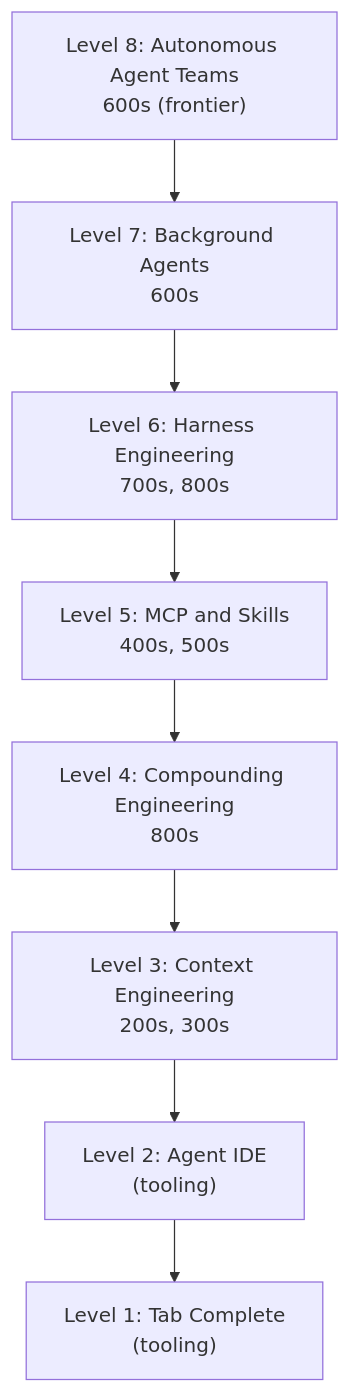
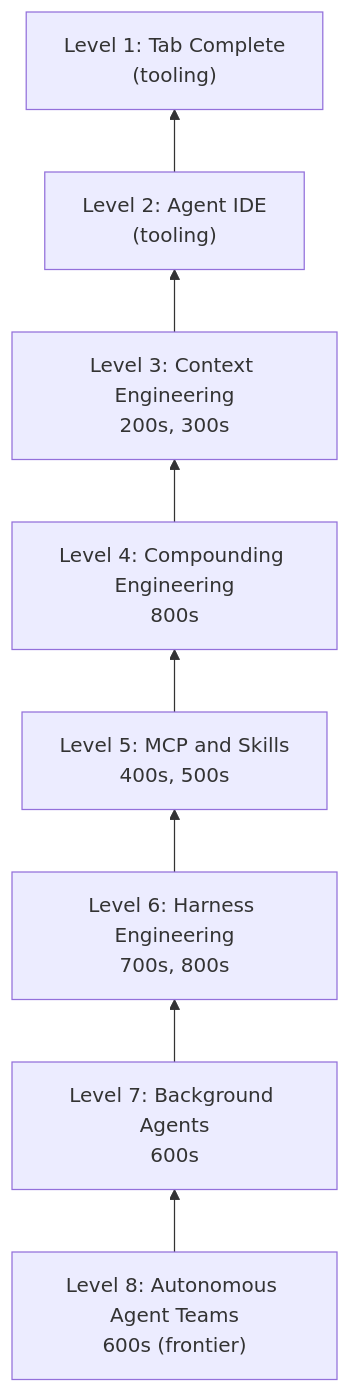
One commit to alivedise/agentic-engineering-essentials changed the diagram in docs/en/AEE Overall/3.md. Above: the diagram before and after it, drawn with Mermaid. The commit also changed other lines of this file and 1 other file, not shown here.

Commit message:
fix: AEE-3 Level 6 name and Mermaid arrow direction

````diff
--- a/docs/en/AEE Overall/3.md
+++ b/docs/en/AEE Overall/3.md
@@ -92,12 +92,12 @@
 ```mermaid
-graph TB
+graph BT
     L8["Level 8: Autonomous Agent Teams\n600s (frontier)"]
     L7["Level 7: Background Agents\n600s"]
     L6["Level 6: Harness Engineering\n700s, 800s"]
     L5["Level 5: MCP and Skills\n400s, 500s"]
     L4["Level 4: Compounding Engineering\n800s"]
     L3["Level 3: Context Engineering\n200s, 300s"]
     L2["Level 2: Agent IDE\n(tooling)"]
     L1["Level 1: Tab Complete\n(tooling)"]
     L8 --> L7 --> L6 --> L5 --> L4 --> L3 --> L2 --> L1
 ```
````
